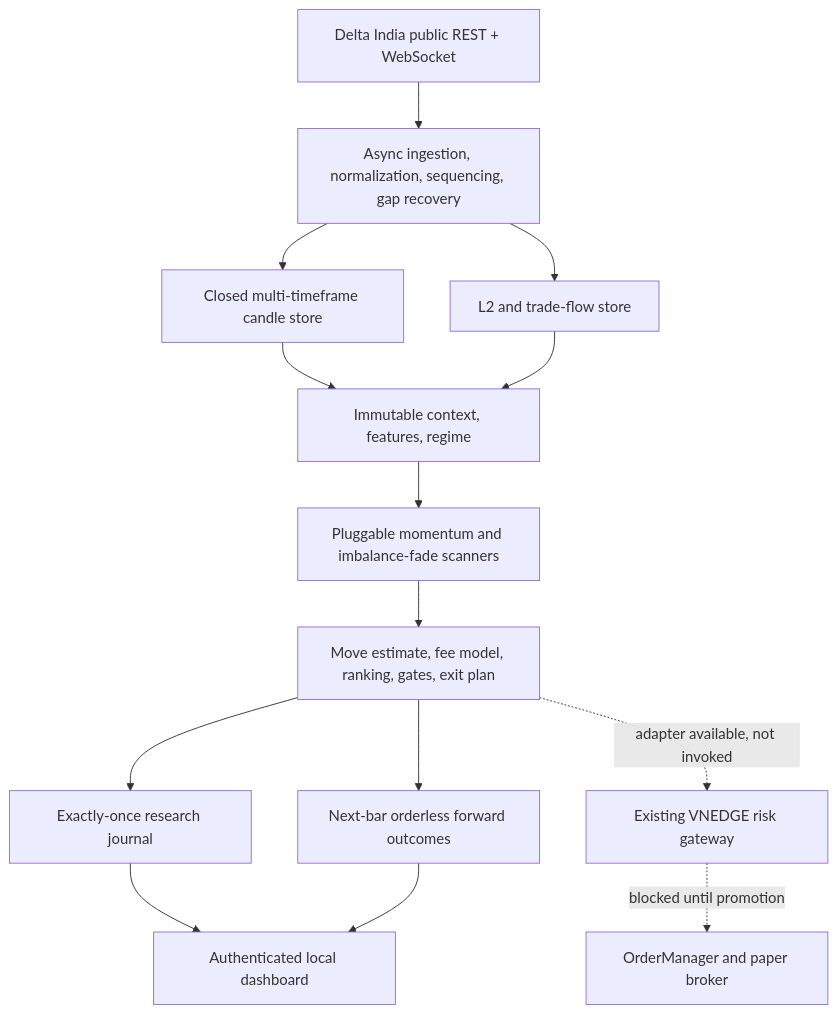
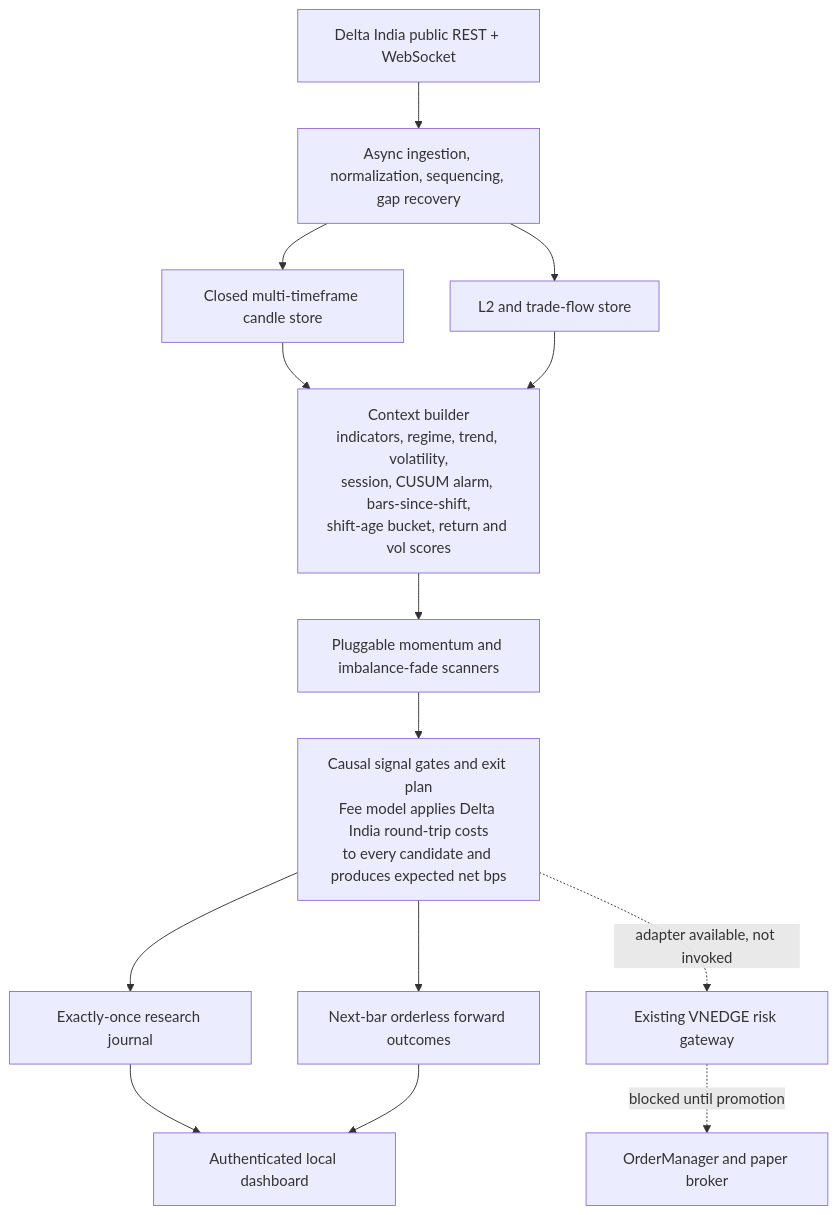
Before and after one commit to vikkl1990/VNEdge_Delta: the first of 3 diagrams in docs/DELTA_SCALPER_SYSTEM_ARCHITECTURE.md, drawn with Mermaid. The commit also changed 1 other file, not shown here.

Commit message:
docs: annotate regime and fee research flow

````diff
--- a/docs/DELTA_SCALPER_SYSTEM_ARCHITECTURE.md
+++ b/docs/DELTA_SCALPER_SYSTEM_ARCHITECTURE.md
@@ -11,16 +11,16 @@
 ```mermaid
 flowchart TD
     Delta["Delta India public REST + WebSocket"] --> Ingest["Async ingestion, normalization, sequencing, gap recovery"]
     Ingest --> Candles["Closed multi-timeframe candle store"]
     Ingest --> Flow["L2 and trade-flow store"]
-    Candles --> Context["Immutable context, features, regime"]
+    Candles --> Context["Context builder<br/>indicators, regime, trend, volatility,<br/>session, CUSUM alarm, bars-since-shift,<br/>shift-age bucket, return and vol scores"]
     Flow --> Context
     Context --> Scanners["Pluggable momentum and imbalance-fade scanners"]
-    Scanners --> Signal["Move estimate, fee model, ranking, gates, exit plan"]
+    Scanners --> Signal["Causal signal gates and exit plan<br/>Fee model applies Delta India round-trip costs<br/>to every candidate and produces expected net bps"]
     Signal --> Journal["Exactly-once research journal"]
     Signal --> Forward["Next-bar orderless forward outcomes"]
     Signal -. "adapter available, not invoked" .-> Risk["Existing VNEDGE risk gateway"]
     Risk -. "blocked until promotion" .-> Orders["OrderManager and paper broker"]
     Journal --> Dashboard["Authenticated local dashboard"]
     Forward --> Dashboard
 ```
````
